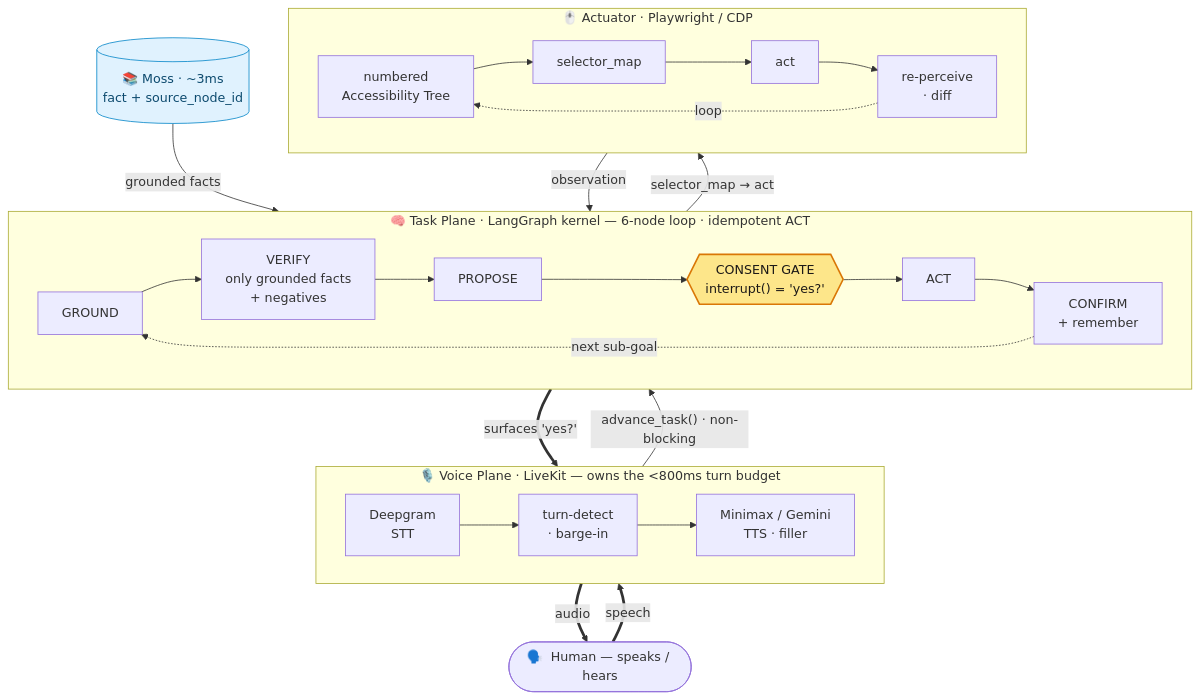
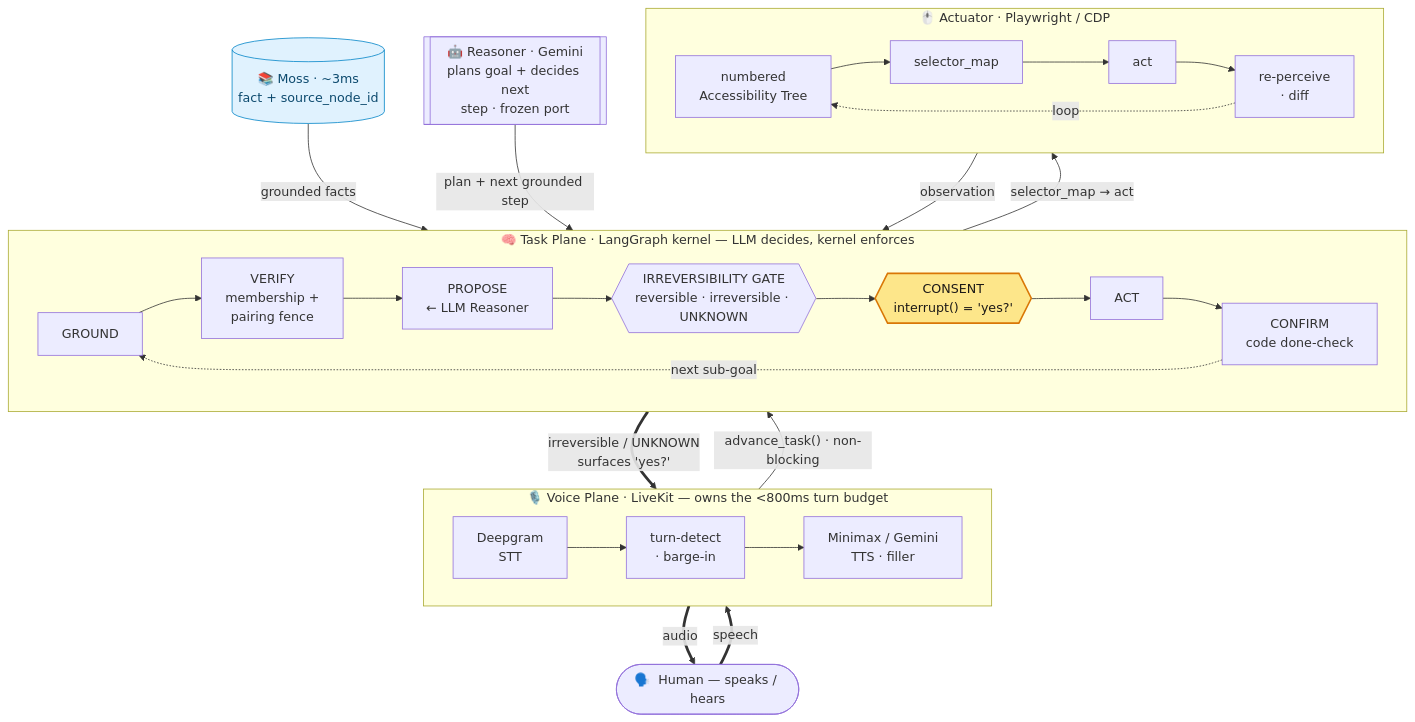
One commit to blueif16/clarion changed the diagram in README.md. Above: the diagram before and after it, drawn with Mermaid. The commit also changed other lines of this file and 1 other file, not shown here.

First line of the commit message:
docs(readme): de-hardcoded Clarion-PE/G design + refresh handoff (test-live next)

````diff
--- a/README.md
+++ b/README.md
@@ -35,36 +35,38 @@
 ```mermaid
 flowchart TB
     human(["🗣️  Human — speaks / hears"])
 
     subgraph VOICE["🎙️ Voice Plane · LiveKit — owns the &lt;800ms turn budget"]
         direction LR
         STT["Deepgram<br/>STT"] --> TURN["turn-detect<br/>· barge-in"] --> TTS["Minimax / Gemini<br/>TTS · filler"]
     end
 
-    subgraph TASK["🧠 Task Plane · LangGraph kernel — 6-node loop · idempotent ACT"]
+    subgraph TASK["🧠 Task Plane · LangGraph kernel — LLM decides, kernel enforces"]
         direction LR
-        G["GROUND"] --> V["VERIFY<br/>only grounded facts<br/>+ negatives"] --> P["PROPOSE"] --> C{{"CONSENT GATE<br/>interrupt() = 'yes?'"}} --> A["ACT"] --> CF["CONFIRM<br/>+ remember"]
+        G["GROUND"] --> V["VERIFY<br/>membership +<br/>pairing fence"] --> P["PROPOSE<br/>← LLM Reasoner"] --> IG{{"IRREVERSIBILITY GATE<br/>reversible · irreversible · UNKNOWN"}} --> C{{"CONSENT<br/>interrupt() = 'yes?'"}} --> A["ACT"] --> CF["CONFIRM<br/>code done-check"]
         CF -.->|"next sub-goal"| G
     end
 
     subgraph ACTU["🖱️ Actuator · Playwright / CDP"]
         direction LR
         AX["numbered<br/>Accessibility Tree"] --> SM["selector_map"] --> AC["act"] --> RP["re-perceive<br/>· diff"]
         RP -.->|"loop"| AX
     end
 
     MOSS[("📚 Moss · ~3ms<br/>fact + source_node_id")]
+    REASONER[["🤖 Reasoner · Gemini<br/>plans goal + decides next<br/>step · frozen port"]]
 
     human ==>|"speech"| STT
     TTS ==>|"audio"| human
     TURN -->|"advance_task() · non-blocking"| G
-    C ==>|"surfaces 'yes?'"| TTS
+    IG ==>|"irreversible / UNKNOWN<br/>surfaces 'yes?'"| TTS
     MOSS -->|"grounded facts"| G
+    REASONER -->|"plan + next grounded step"| P
     P -->|"selector_map → act"| SM
     RP -->|"observation"| V
 
     classDef gate fill:#fde68a,stroke:#d97706,stroke-width:2px,color:#1c1917;
     classDef store fill:#e0f2fe,stroke:#0284c7,color:#0c4a6e;
     class C gate
     class MOSS store
 ```
````
